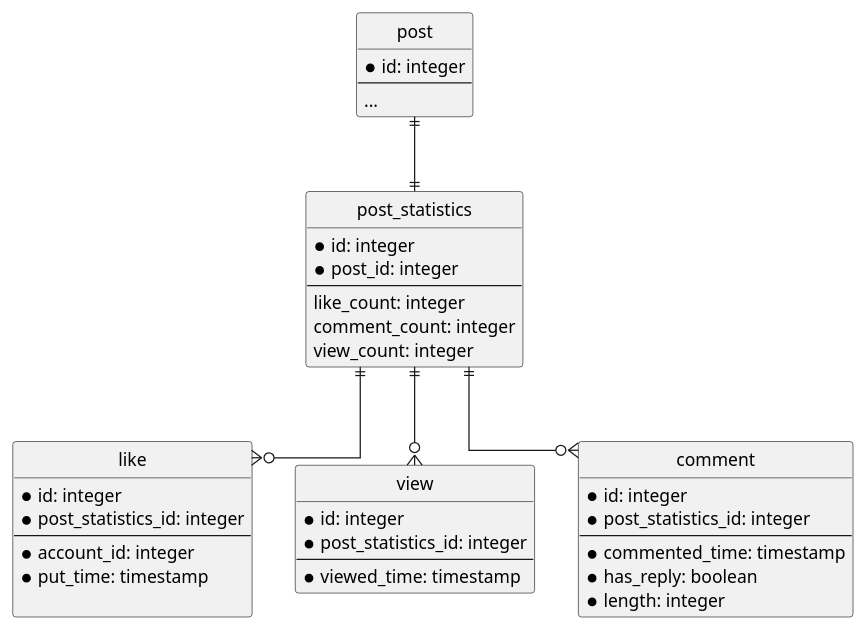
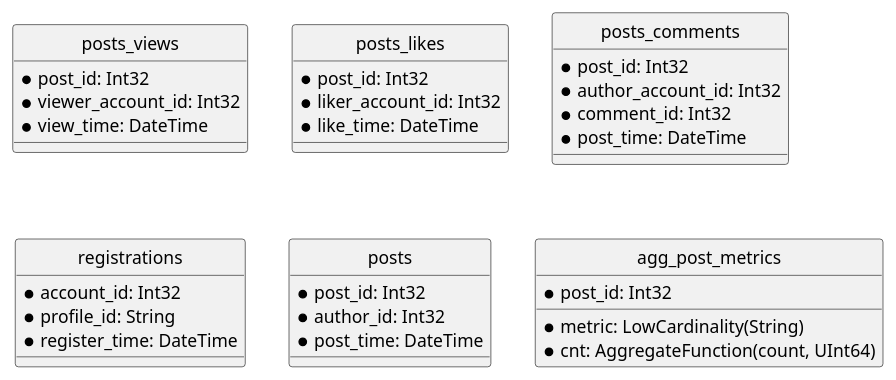
One commit to Illia-33/SOA changed the diagram in docs/statistics.puml. Above: the diagram before and after it, drawn with PlantUML. The commit also changed 10 other files, not shown here.

```diff
--- a/docs/statistics.puml
+++ b/docs/statistics.puml
@@ -1,51 +1,43 @@
 @startuml
 
 hide circle
 skinparam linetype ortho
 
-entity post {
-    * id: integer
-    --
-    ...
+entity posts_views {
+    * post_id: Int32
+    * viewer_account_id: Int32
+    * view_time: DateTime
 }
 
-entity post_statistics {
-    * id: integer
-    * post_id: integer
-    --
-    like_count: integer
-    comment_count: integer
-    view_count: integer
+entity posts_likes {
+    * post_id: Int32
+    * liker_account_id: Int32
+    * like_time: DateTime
 }
 
-entity like {
-    * id: integer
-    * post_statistics_id: integer
-    --
-    * account_id: integer
-    * put_time: timestamp
-
+entity posts_comments {
+    * post_id: Int32
+    * author_account_id: Int32
+    * comment_id: Int32
+    * post_time: DateTime
 }
 
-entity view {
-    * id: integer
-    * post_statistics_id: integer
-    --
-    * viewed_time: timestamp
+entity registrations {
+    * account_id: Int32
+    * profile_id: String
+    * register_time: DateTime
 }
 
-entity comment {
-    * id: integer
-    * post_statistics_id: integer
-    --
-    * commented_time: timestamp
-    * has_reply: boolean
-    * length: integer
+entity posts {
+    * post_id: Int32
+    * author_id: Int32
+    * post_time: DateTime
 }
 
-post ||--|| post_statistics
-post_statistics ||--o{ like
-post_statistics ||--o{ view
-post_statistics ||--o{ comment
+entity agg_post_metrics {
+    * post_id: Int32
+    * metric: LowCardinality(String)
+    * cnt: AggregateFunction(count, UInt64)
+}
 
 @enduml
```
